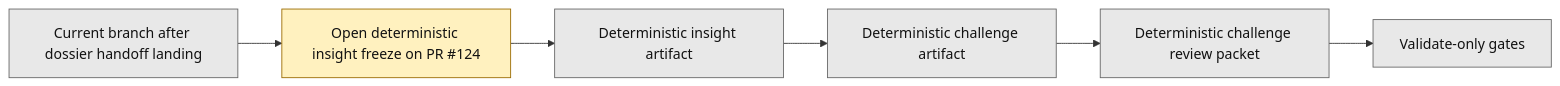
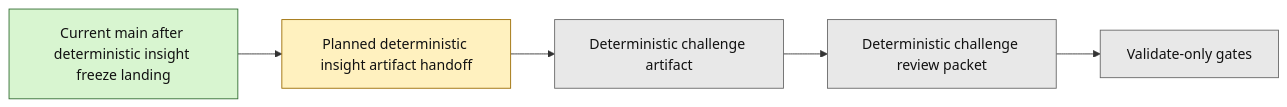
The second of 2 diagrams in next_milestone_plans/layer3_progress_board.md (benjmcd/project6_REPO_MCP_FOLDER), drawn with Mermaid before and after one commit. The commit also changed other lines of this file and 9 other files, not shown here.

Commit message:
docs(layer3): sync post-pr124 deterministic freeze state

````diff
--- a/next_milestone_plans/layer3_progress_board.md
+++ b/next_milestone_plans/layer3_progress_board.md
@@ -145,15 +143,15 @@
 ```mermaid
 flowchart LR
-    A["Current branch after dossier handoff landing"] --> B["Open deterministic insight freeze on PR #124"]
-    B --> C["Deterministic insight artifact"]
-    C --> D["Deterministic challenge artifact"]
-    D --> E["Deterministic challenge review packet"]
-    E --> F["Validate-only gates"]
+    A["Current main after deterministic insight freeze landing"] --> B["Planned deterministic insight artifact handoff"]
+    B --> C["Deterministic challenge artifact"]
+    C --> D["Deterministic challenge review packet"]
+    D --> E["Validate-only gates"]
 
+    classDef done fill:#d8f5d0,stroke:#2f6b2f,color:#111;
     classDef next fill:#fff1bf,stroke:#9a6b00,color:#111;
     classDef future fill:#e8e8e8,stroke:#666,color:#111;
 
-    class A future;
+    class A done;
     class B next;
-    class C,D,E,F future;
+    class C,D,E future;
 ```
````
